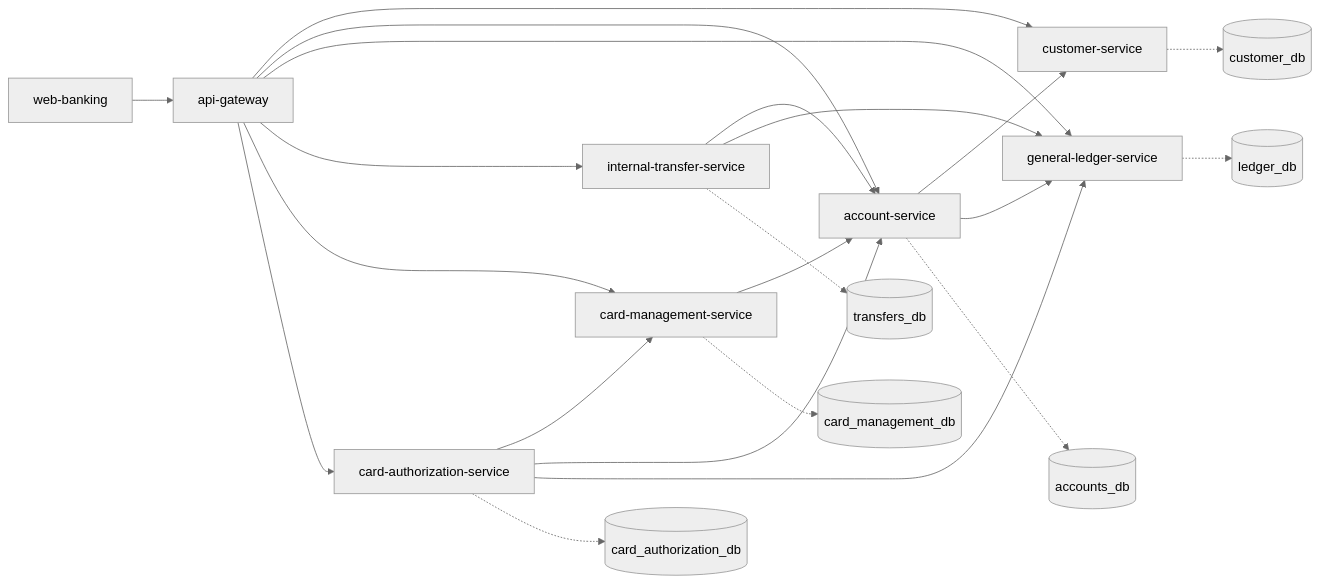
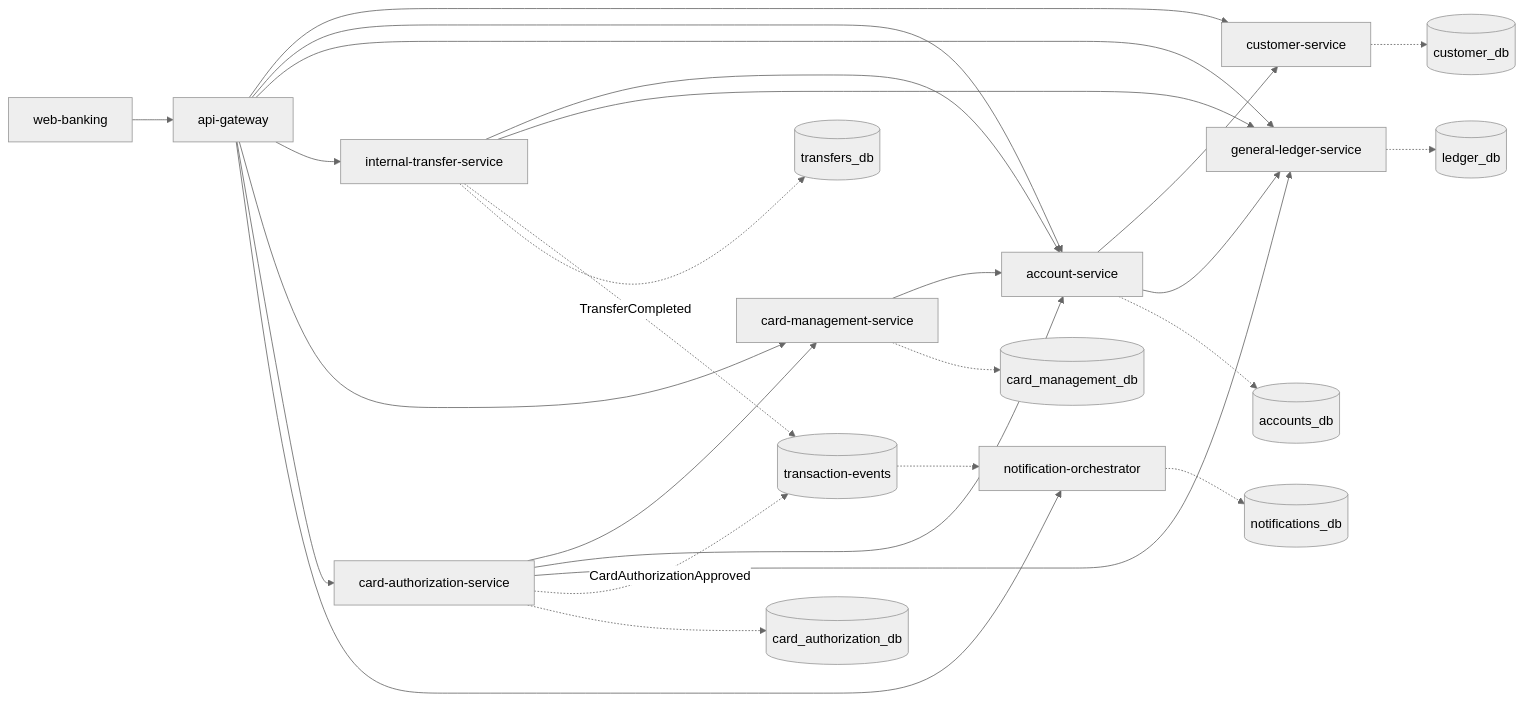
One commit to codingiq369/IBM---FinTech-App changed the first of 4 diagrams in fintech-platform/docs/architecture/vertical-slice.md. Above: the diagram before and after it, drawn with Mermaid (neutral theme). The commit also changed other lines of this file and 235 other files, not shown here.

````diff
--- a/fintech-platform/docs/architecture/vertical-slice.md
+++ b/fintech-platform/docs/architecture/vertical-slice.md
@@ -60,25 +74,30 @@
 ```mermaid
 graph LR
     UI[web-banking] --> GW[api-gateway]
     GW --> CUST[customer-service]
     GW --> ACC[account-service]
     GW --> LED[general-ledger-service]
     GW --> XFER[internal-transfer-service]
     GW --> CARDMGMT[card-management-service]
     GW --> CARDAUTH[card-authorization-service]
+    GW --> NOTIF[notification-orchestrator]
     ACC --> CUST
     ACC --> LED
     XFER --> ACC
     XFER --> LED
     CARDMGMT --> ACC
     CARDAUTH --> CARDMGMT
     CARDAUTH --> ACC
     CARDAUTH --> LED
+    XFER -.->|TransferCompleted| KAFKA[(transaction-events)]
+    CARDAUTH -.->|CardAuthorizationApproved| KAFKA
+    KAFKA -.-> NOTIF
 
     CUST -.-> CUSTDB[(customer_db)]
     ACC -.-> ACCDB[(accounts_db)]
     LED -.-> LEDDB[(ledger_db)]
     XFER -.-> XFERDB[(transfers_db)]
     CARDMGMT -.-> CARDMGMTDB[(card_management_db)]
     CARDAUTH -.-> CARDAUTHDB[(card_authorization_db)]
+    NOTIF -.-> NOTIFDB[(notifications_db)]
 ```
````
